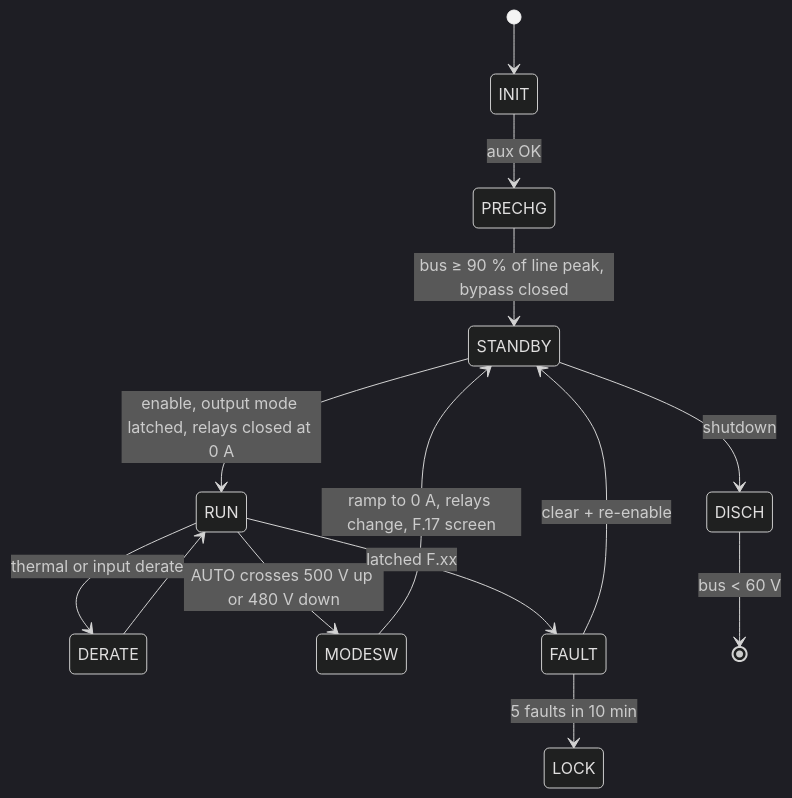
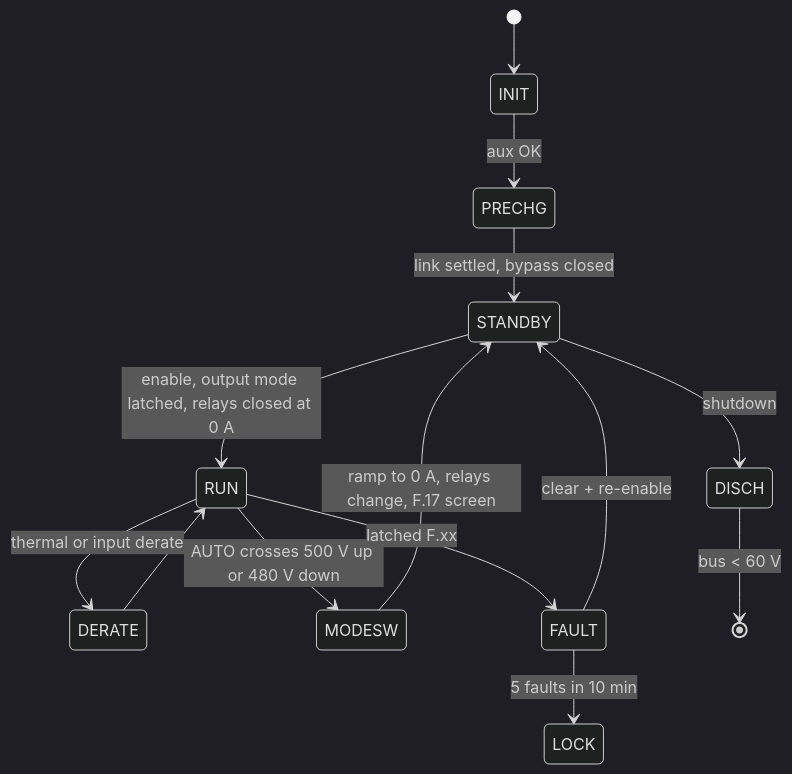
The third of 3 diagrams in README.md (vectivolt/DC-Modules), drawn with Mermaid (dark theme) before and after one commit. The commit also changed other lines of this file and 802 other files, not shown here.

````diff
--- a/README.md
+++ b/README.md
@@ -298,16 +256,16 @@
 ```mermaid
 stateDiagram-v2
   [*] --> INIT
   INIT --> PRECHG : aux OK
-  PRECHG --> STANDBY : bus ≥ 90 % of line peak, bypass closed
+  PRECHG --> STANDBY : link settled, bypass closed
   STANDBY --> RUN : enable, output mode latched, relays closed at 0 A
   RUN --> DERATE : thermal or input derate
   DERATE --> RUN
   RUN --> MODESW : AUTO crosses 500 V up or 480 V down
   MODESW --> STANDBY : ramp to 0 A, relays change, F.17 screen
   RUN --> FAULT : latched F.xx
   FAULT --> STANDBY : clear + re-enable
   FAULT --> LOCK : 5 faults in 10 min
   STANDBY --> DISCH : shutdown
   DISCH --> [*] : bus < 60 V
 ```
````
